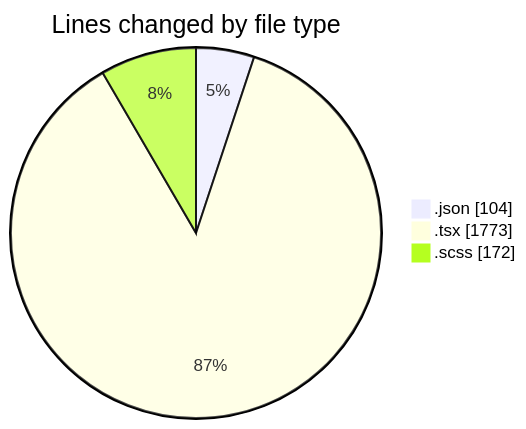
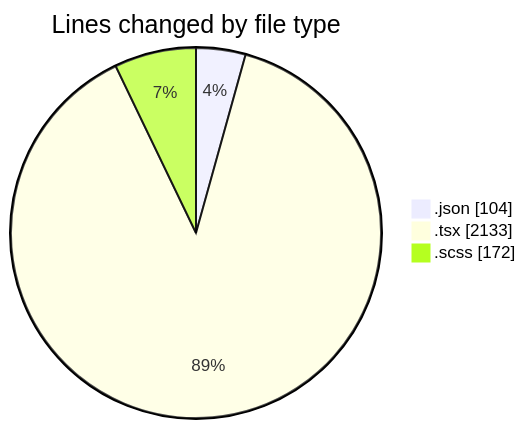
The first of 2 diagrams in 2025-08-20/cda/README.md (momahboobian/code-tracking), drawn with Mermaid before and after one commit. The commit also changed other lines of this file and 1 other file, not shown here.

````diff
--- a/2025-08-20/cda/README.md
+++ b/2025-08-20/cda/README.md
@@ -26,7 +27,7 @@
 ```mermaid
 pie showData
 title Lines changed by file type
 ".json" : 104
-".tsx" : 1773
+".tsx" : 2133
 ".scss" : 172
 ```
````
